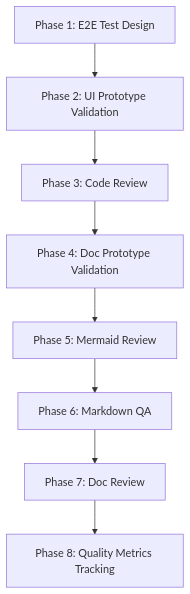
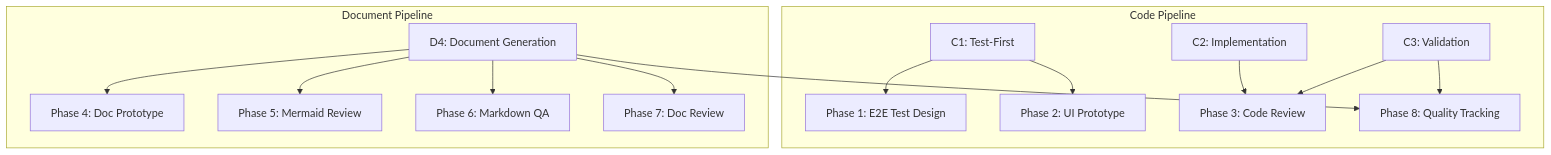
One commit to effiy/YrY changed the diagram in agents/tester/AGENT.md. Above: the diagram before and after it, drawn with Mermaid. The commit also changed other lines of this file and 4 other files, not shown here.

````diff
--- a/agents/tester/AGENT.md
+++ b/agents/tester/AGENT.md
@@ -97,10 +97,17 @@
 ```mermaid
 graph TD
-    P1[Phase 1: E2E Test Design] --> P2[Phase 2: UI Prototype Validation]
-    P2 --> P3[Phase 3: Code Review]
-    P3 --> P4[Phase 4: Doc Prototype Validation]
-    P4 --> P5[Phase 5: Mermaid Review]
-    P5 --> P6[Phase 6: Markdown QA]
-    P6 --> P7[Phase 7: Doc Review]
-    P7 --> P8[Phase 8: Quality Metrics Tracking]
+    subgraph "Code Pipeline"
+        C1[C1: Test-First] --> P1[Phase 1: E2E Test Design]
+        C1 --> P2[Phase 2: UI Prototype]
+        C2[C2: Implementation] --> P3[Phase 3: Code Review]
+        C3[C3: Validation] --> P3
+        C3 --> P8[Phase 8: Quality Tracking]
+    end
+    subgraph "Document Pipeline"
+        D4[D4: Document Generation] --> P4[Phase 4: Doc Prototype]
+        D4 --> P5[Phase 5: Mermaid Review]
+        D4 --> P6[Phase 6: Markdown QA]
+        D4 --> P7[Phase 7: Doc Review]
+        D4 --> P8
+    end
 ```
````
